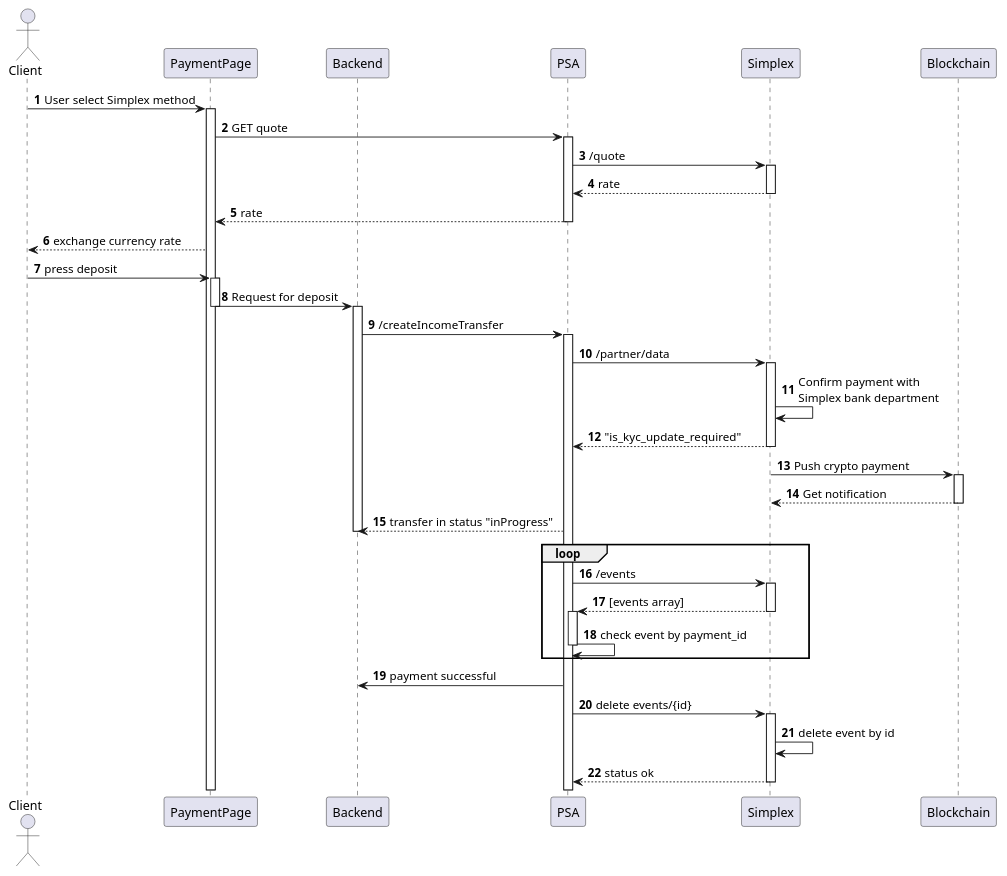
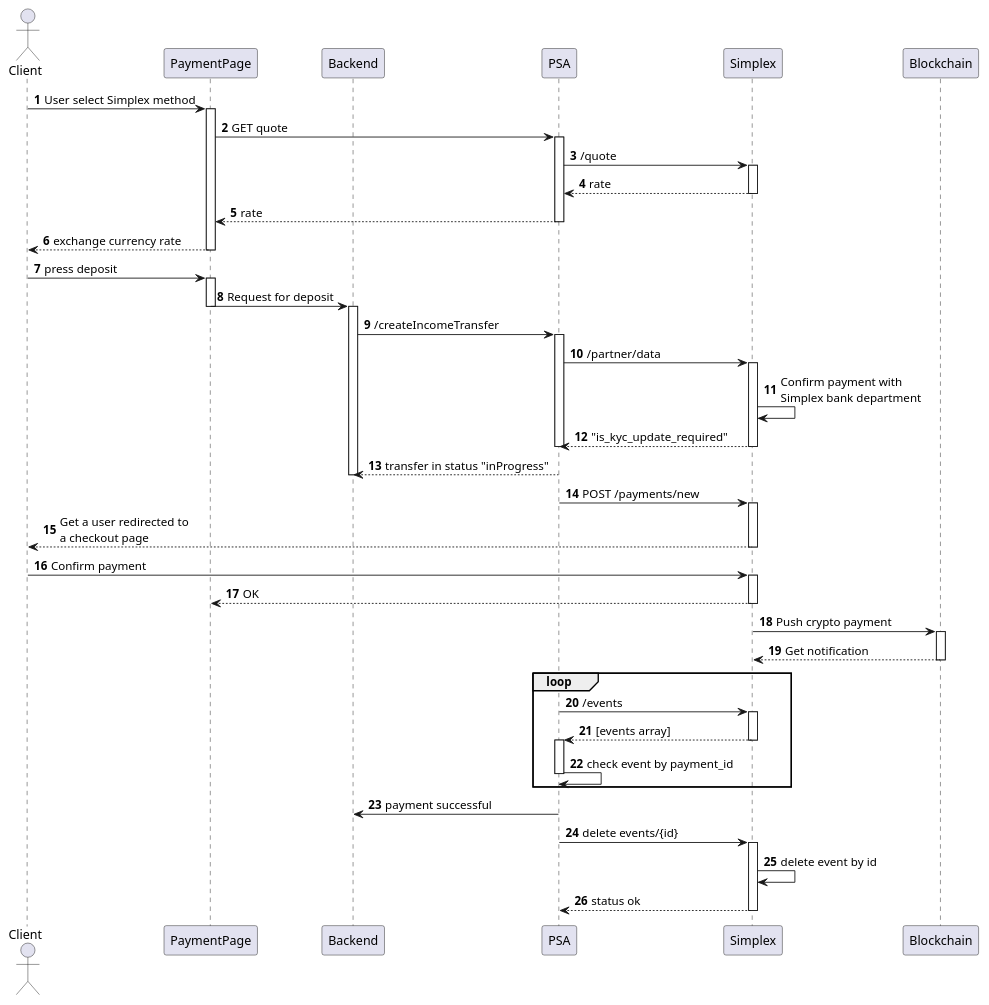
The diagram in UML practice/docs/diagrams/src/OMEGA-244 Card deposits Simplex via PSA/Simplex-Card-PSA-in.wsd (milovdg/UMLPractice), drawn with PlantUML before and after one commit. The commit also changed 3 other files, not shown here.

```diff
--- a/UML practice/docs/diagrams/src/OMEGA-244 Card deposits Simplex via PSA/Simplex-Card-PSA-in.wsd
+++ b/UML practice/docs/diagrams/src/OMEGA-244 Card deposits Simplex via PSA/Simplex-Card-PSA-in.wsd
@@ -1,79 +1,87 @@
 @startuml
 autonumber
 
 actor Client
 participant PaymentPage
 participant Backend
 participant PSA
 participant Simplex
 participant Blockchain
 
 
 Client -> PaymentPage: User select Simplex method
 activate PaymentPage
 
 PaymentPage -> PSA: GET quote
 activate PSA
 
 PSA -> Simplex: /quote
 activate Simplex
 
 Simplex --> PSA: rate
 deactivate Simplex
 
 PSA --> PaymentPage: rate
 deactivate PSA
 
-PaymentPage --> Client: exchange currency rate
+PaymentPage --> Client --: exchange currency rate
 deactivate Client
 
 
 Client -> PaymentPage: press deposit
 activate PaymentPage
 
 PaymentPage -> Backend --: Request for deposit
 activate Backend
 
 Backend -> PSA: /createIncomeTransfer
 activate PSA
 
 PSA -> Simplex: /partner/data
 activate Simplex
 
 Simplex -> Simplex : Confirm payment with \nSimplex bank department
 
-Simplex --> PSA: "is_kyc_update_required"
+Simplex --> PSA --: "is_kyc_update_required"
 deactivate Simplex
+deactivate PSA
+
+PSA --> Backend: transfer in status "inProgress"
+deactivate Backend
+
+PSA -> Simplex ++: POST /payments/new
+Simplex --> Client --: Get a user redirected to \na checkout page
+
+Client -> Simplex ++: Confirm payment
+Simplex --> PaymentPage --: OK
 
 Simplex -> Blockchain ++: Push crypto payment
 Blockchain --> Simplex --: Get notification
 
-PSA --> Backend: transfer in status "inProgress"
-deactivate Backend
 
 loop
 
 PSA -> Simplex: /events
 activate Simplex
 
 Simplex --> PSA: [events array]
 deactivate Simplex
 
 activate PSA
 PSA -> PSA --: check event by payment_id
 
 end
 
 PSA -> Backend: payment successful
 
 PSA -> Simplex: delete events/{id}
 activate Simplex
 
 Simplex -> Simplex: delete event by id
 
 Simplex --> PSA: status ok
 deactivate Simplex
 
 
 
 @enduml
```
